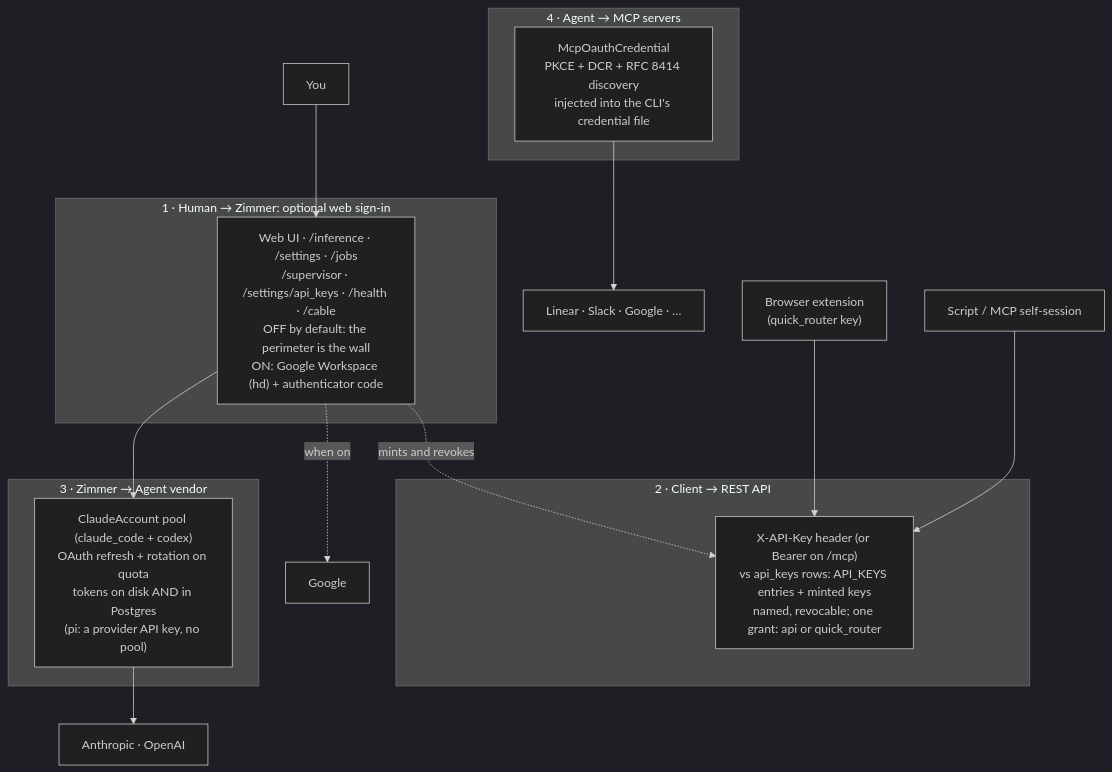
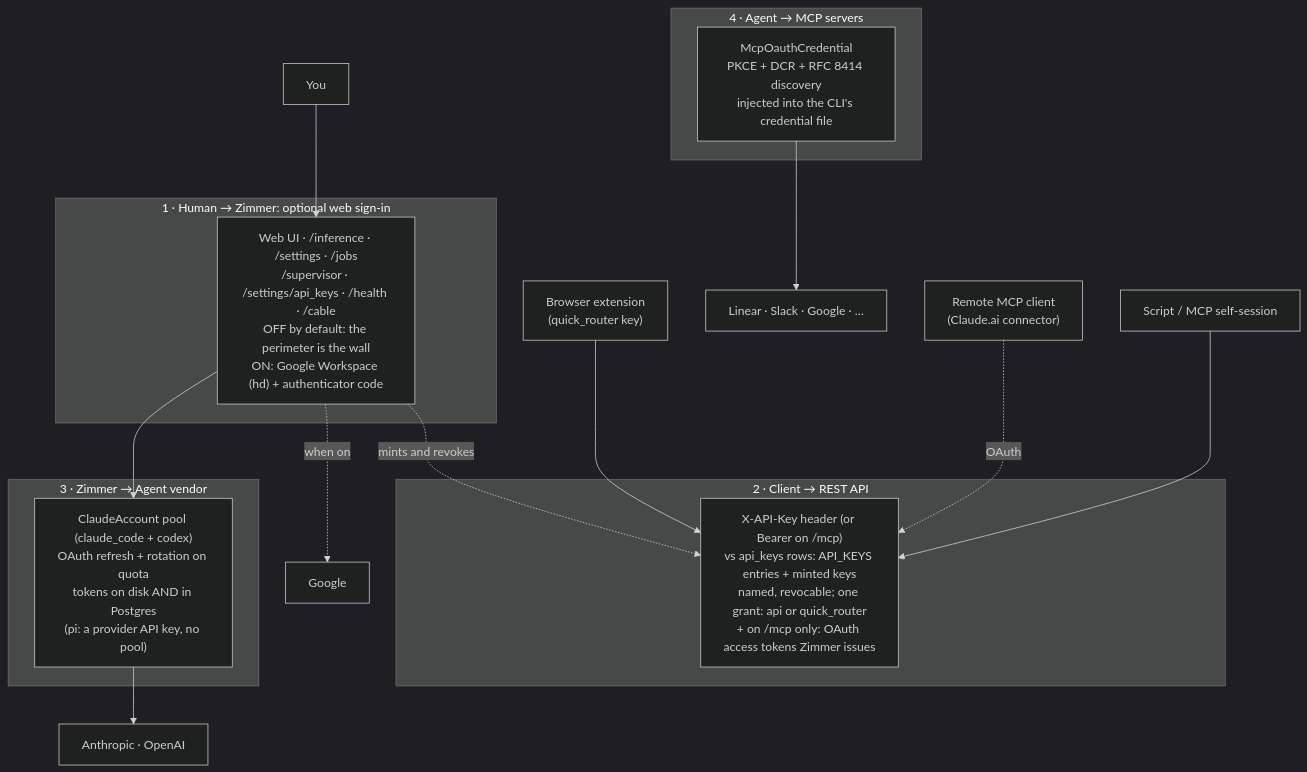
One commit to tadasant/zimmer changed the diagram in docs/src/content/docs/auth/overview.md. Above: the diagram before and after it, drawn with Mermaid (dark theme). The commit also changed other lines of this file and 33 other files, not shown here.

First line of the commit message:
feat(mcp): Zimmer is its own OAuth 2.1 authorization server for /mcp (DCR + CIMD)

````diff
--- a/docs/src/content/docs/auth/overview.md
+++ b/docs/src/content/docs/auth/overview.md
@@ -11,24 +11,25 @@
 ```mermaid
 flowchart TB
     subgraph web["1 · Human → Zimmer: optional web sign-in"]
         W["Web UI · /inference · /settings · /jobs<br/>/supervisor · /settings/api_keys · /health · /cable<br/>OFF by default: the perimeter is the wall<br/>ON: Google Workspace (hd) + authenticator code"]
     end
     subgraph api["2 · Client → REST API"]
-        A["X-API-Key header (or Bearer on /mcp)<br/>vs api_keys rows: API_KEYS entries + minted keys<br/>named, revocable; one grant: api or quick_router"]
+        A["X-API-Key header (or Bearer on /mcp)<br/>vs api_keys rows: API_KEYS entries + minted keys<br/>named, revocable; one grant: api or quick_router<br/>+ on /mcp only: OAuth access tokens Zimmer issues"]
     end
     subgraph harness["3 · Zimmer → Agent vendor"]
         H["ClaudeAccount pool (claude_code + codex)<br/>OAuth refresh + rotation on quota<br/>tokens on disk AND in Postgres<br/>(pi: a provider API key, no pool)"]
     end
     subgraph mcp["4 · Agent → MCP servers"]
         M["McpOauthCredential<br/>PKCE + DCR + RFC 8414 discovery<br/>injected into the CLI's credential file"]
     end
 
     U["You"] --> W
     W -. "when on" .-> GG["Google"]
     C["Script / MCP self-session"] --> A
+    R["Remote MCP client<br/>(Claude.ai connector)"] -. OAuth .-> A
     X["Browser extension<br/>(quick_router key)"] --> A
     W --> H
     W -. mints and revokes .-> A
     H --> V["Anthropic · OpenAI"]
     M --> S["Linear · Slack · Google · …"]
 ```
````
